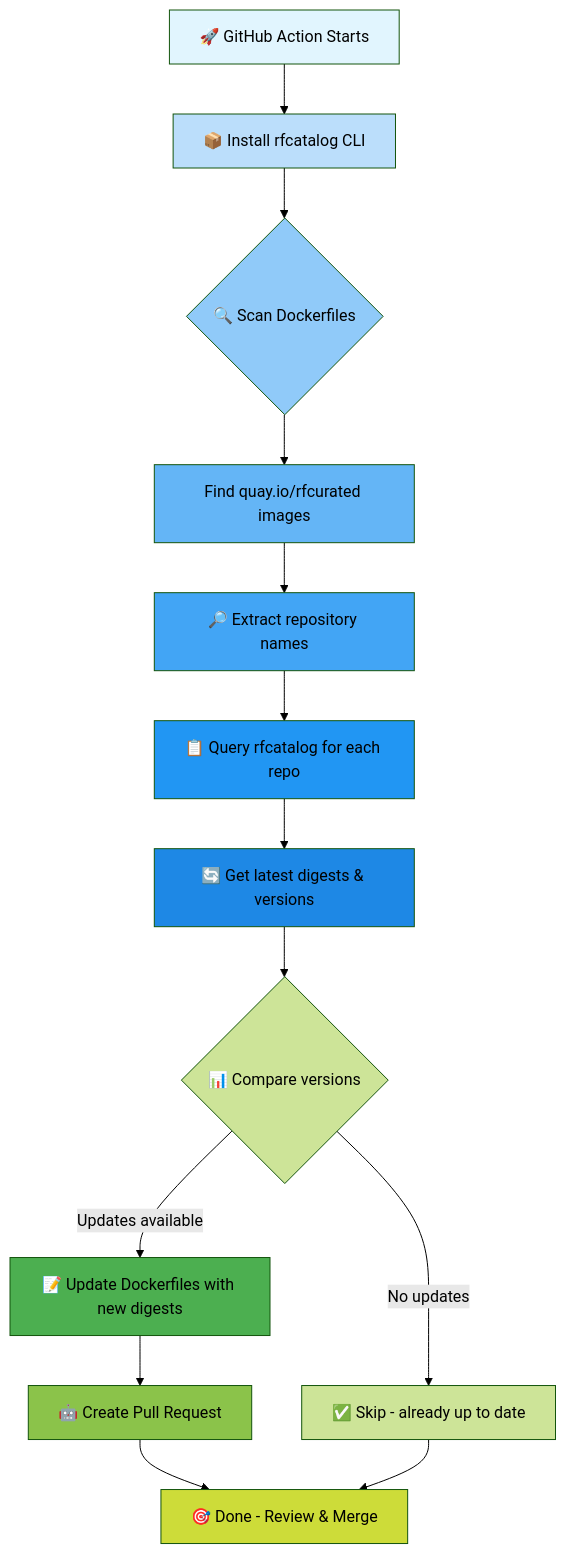
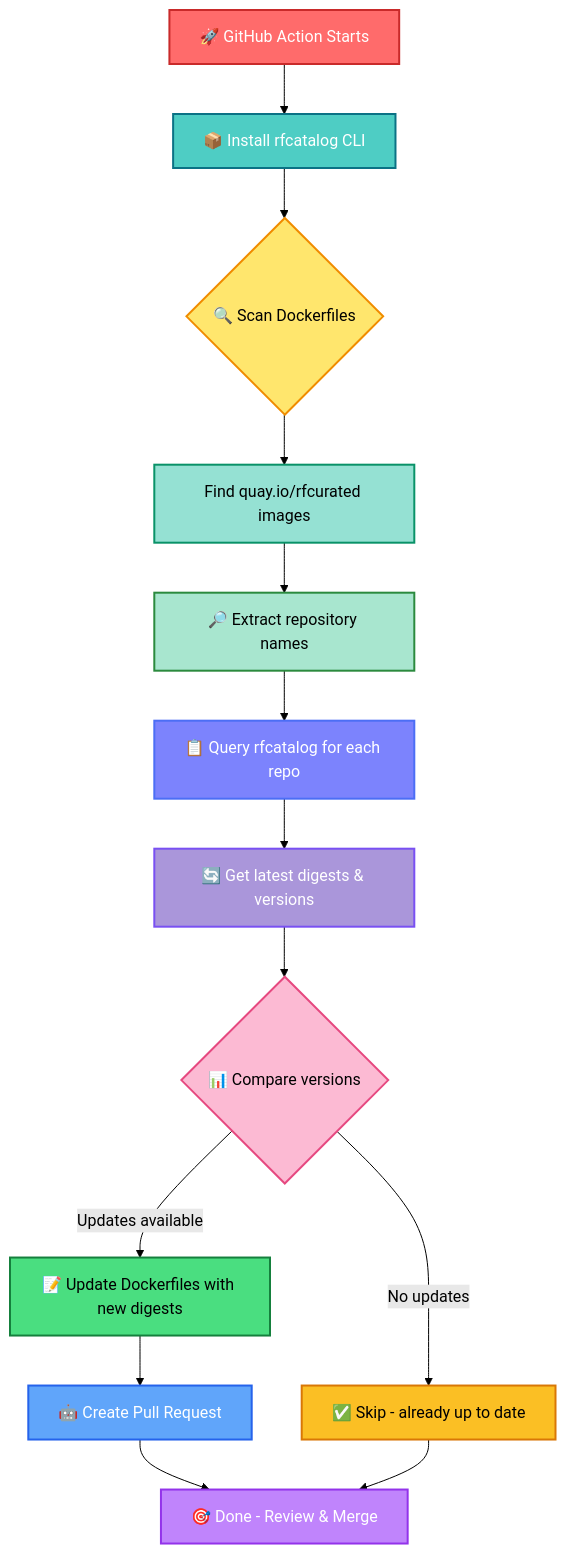
One commit to rapidfort/setup-rfcatalog changed the diagram in README.md. Above: the diagram before and after it, drawn with Mermaid (forest theme). The commit also changed other lines of this file, not shown here.

````diff
--- a/README.md
+++ b/README.md
@@ -9,26 +9,28 @@
 ```mermaid
 flowchart TD
     A[🚀 GitHub Action Starts] --> B[📦 Install rfcatalog CLI]
     B --> C{🔍 Scan Dockerfiles}
     C --> D[Find quay.io/rfcurated images]
     D --> E[🔎 Extract repository names]
     E --> F[📋 Query rfcatalog for each repo]
     F --> G[🔄 Get latest digests & versions]
     G --> H{📊 Compare versions}
     H -->|Updates available| I[📝 Update Dockerfiles with new digests]
     H -->|No updates| J[✅ Skip - already up to date]
     I --> K[🤖 Create Pull Request]
     K --> L[🎯 Done - Review & Merge]
     J --> L
 
-    style A fill:#e1f5fe
-    style B fill:#bbdefb
-    style C fill:#90caf9
-    style D fill:#64b5f6
-    style E fill:#42a5f5
-    style F fill:#2196f3
-    style G fill:#1e88e5
-    style I fill:#4caf50
-    style K fill:#8bc34a
-    style L fill:#cddc39
+    style A fill:#ff6b6b,stroke:#c92a2a,stroke-width:2px,color:#fff
+    style B fill:#4ecdc4,stroke:#0b7285,stroke-width:2px,color:#fff
+    style C fill:#ffe66d,stroke:#f08c00,stroke-width:2px,color:#000
+    style D fill:#95e1d3,stroke:#099268,stroke-width:2px,color:#000
+    style E fill:#a8e6cf,stroke:#2b8a3e,stroke-width:2px,color:#000
+    style F fill:#7c83fd,stroke:#4c6ef5,stroke-width:2px,color:#fff
+    style G fill:#aa96da,stroke:#7950f2,stroke-width:2px,color:#fff
+    style H fill:#fcbad3,stroke:#e64980,stroke-width:2px,color:#000
+    style I fill:#4ade80,stroke:#15803d,stroke-width:2px,color:#000
+    style J fill:#fbbf24,stroke:#d97706,stroke-width:2px,color:#000
+    style K fill:#60a5fa,stroke:#2563eb,stroke-width:2px,color:#fff
+    style L fill:#c084fc,stroke:#9333ea,stroke-width:2px,color:#fff
 ```
````
